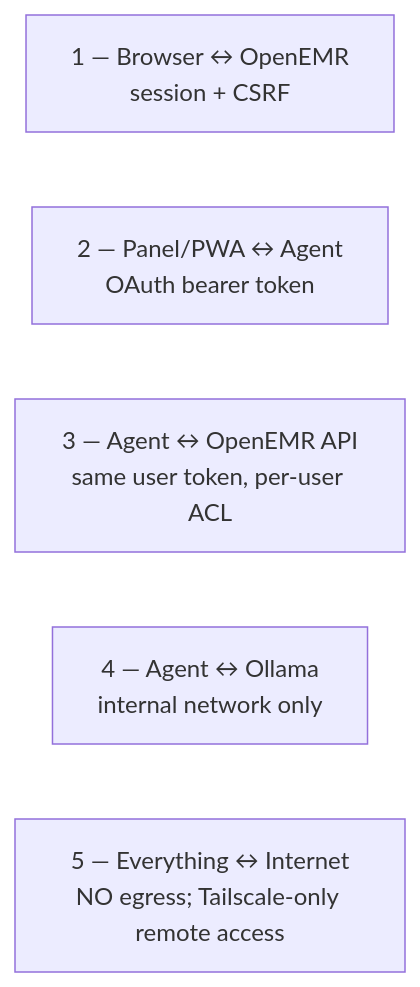
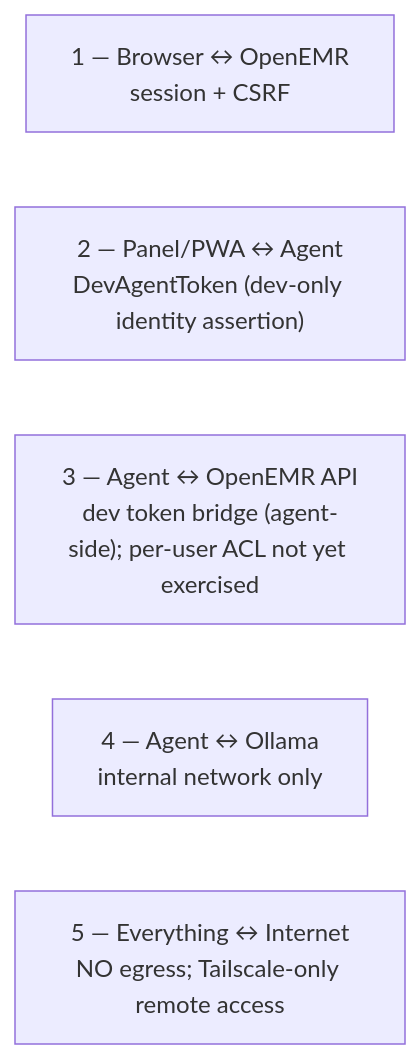
The second of 2 diagrams in docs/ARCHITECTURE.md (franciszver/agentforge-1-clinical-copilot), drawn with Mermaid before and after one commit. The commit also changed other lines of this file, not shown here.

First line of the commit message:
docs: finalize ARCHITECTURE.md — as-built verification design, path to production, TCO (P5.4) (#164)

````diff
--- a/docs/ARCHITECTURE.md
+++ b/docs/ARCHITECTURE.md
@@ -122,8 +286,8 @@
 ```mermaid
 flowchart LR
     B1["1 — Browser ↔ OpenEMR<br/>session + CSRF"]
-    B2["2 — Panel/PWA ↔ Agent<br/>OAuth bearer token"]
-    B3["3 — Agent ↔ OpenEMR API<br/>same user token, per-user ACL"]
+    B2["2 — Panel/PWA ↔ Agent<br/>DevAgentToken (dev-only identity assertion)"]
+    B3["3 — Agent ↔ OpenEMR API<br/>dev token bridge (agent-side); per-user ACL not yet exercised"]
     B4["4 — Agent ↔ Ollama<br/>internal network only"]
     B5["5 — Everything ↔ Internet<br/>NO egress; Tailscale-only remote access"]
 ```
````
